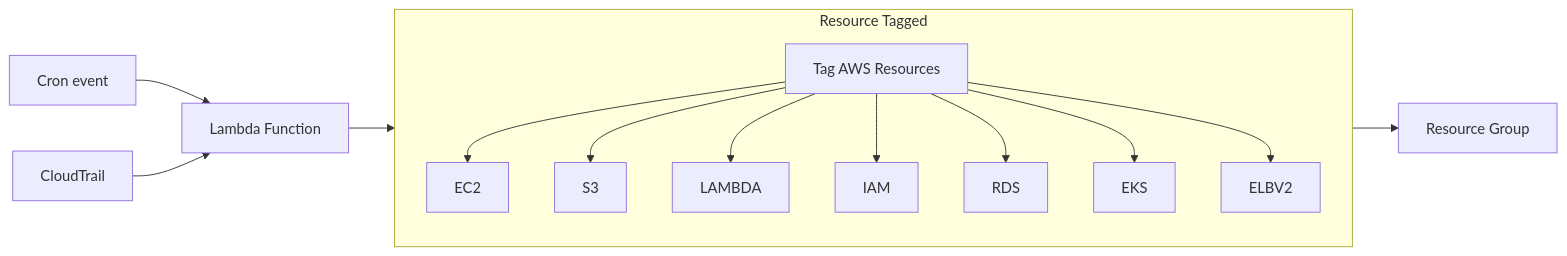
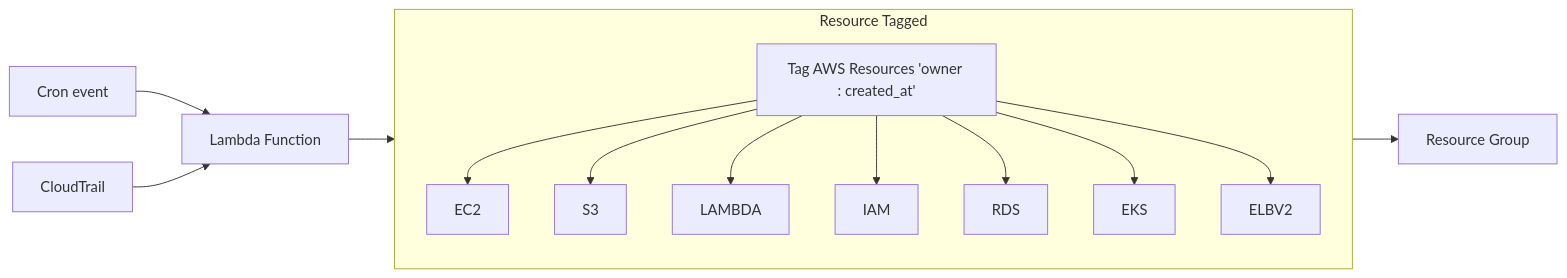
Before and after one commit to ss-rishang/aws-tagger: the diagram in README.md, drawn with Mermaid. The commit also changed other lines of this file and 9 other files, not shown here.

````diff
--- a/README.md
+++ b/README.md
@@ -7,22 +33,22 @@
 ```mermaid
 graph LR
     AE[Cron event] --> LF[Lambda Function] 
     
     CT[CloudTrail] --> LF
 
-    LF --> AWS[Tag AWS Resources]
+    LF --> AWS[Tag AWS Resources 'owner : created_at']
     
     AWS
     subgraph "Resource Tagged"
         direction TB
         AWS --> EC2[EC2]
         AWS --> S3[S3]
         AWS --> LAMBDA[LAMBDA]
         AWS --> IAM[IAM]
         AWS --> RDS[RDS]
         AWS --> EKS[EKS]
         AWS --> ELBV2[ELBV2]
     end
 
     AWS--> RG[Resource Group]
 ```
````
